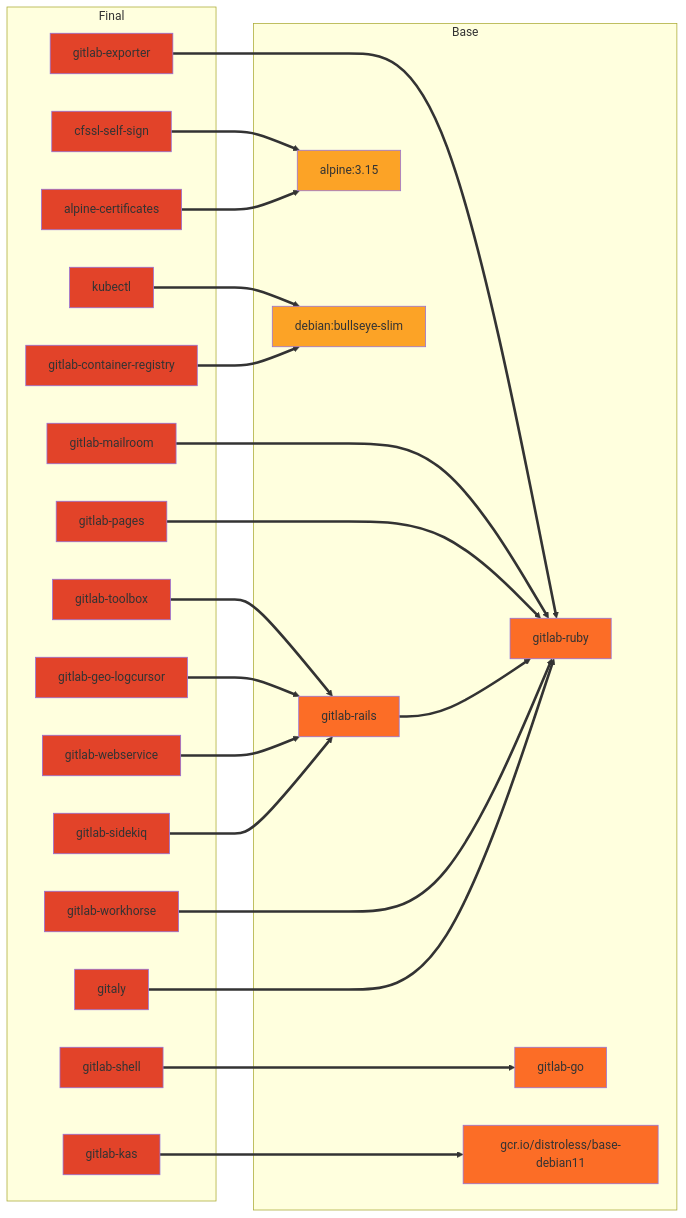
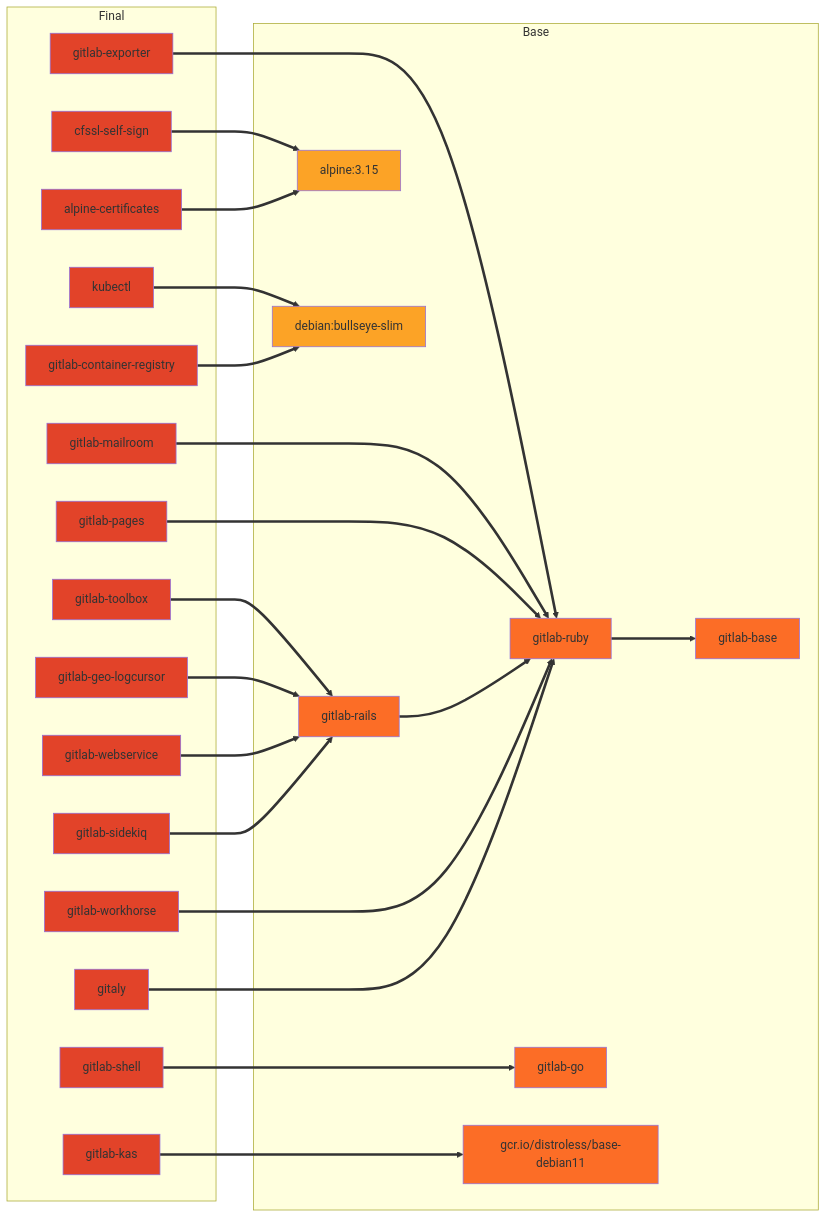
One commit to tachyons/gitlab-pages changed the first of 2 diagrams in docs/build.md. Above: the diagram before and after it, drawn with Mermaid. The commit also changed other lines of this file and 12 other files, not shown here.

Commit message:
Introduce gitlab-base image

````diff
--- a/docs/build.md
+++ b/docs/build.md
@@ -185,55 +185,56 @@
 ```mermaid
 graph LR;
   subgraph Final
     gitlab-toolbox:::final
     gitlab-webservice:::final
     gitlab-workhorse:::final
     gitlab-sidekiq:::final
     gitlab-geo-logcursor:::final
     gitlab-exporter:::final
     gitlab-mailroom:::final
     gitlab-shell:::final
     gitlab-pages:::final
     gitaly:::final
     gitlab-kas:::final
     kubectl:::final
     gitlab-container-registry:::final
     alpine-certificates:::final
     cfssl-self-sign:::final
   end
 
   subgraph Base
-    gitlab-ruby
+    gitlab-base
+    gitlab-ruby==>gitlab-base;
     gitlab-rails
     gitlab-go
     alpine[alpine:3.15]:::external;
     debian[debian:bullseye-slim]:::external;
     gcr.io/distroless/base-debian11
   end
 
   kubectl==>debian;
   cfssl-self-sign==>alpine;
   alpine-certificates==>alpine;
 
   gitlab-toolbox==>gitlab-rails;
   gitlab-geo-logcursor==>gitlab-rails;
   gitlab-webservice==>gitlab-rails;
   gitlab-sidekiq==>gitlab-rails;
 
   gitlab-exporter==>gitlab-ruby;
   gitlab-mailroom===>gitlab-ruby;
   gitlab-pages===>gitlab-ruby
   gitlab-rails==>gitlab-ruby;
   gitlab-workhorse===>gitlab-ruby
   gitaly===>gitlab-ruby;
 
   gitlab-shell===>gitlab-go;
 
   gitlab-container-registry==>debian
 
   gitlab-kas===>gcr.io/distroless/base-debian11;
 
   classDef default fill:#fc6d26;
   classDef external fill:#fca326;
   classDef final fill:#e24329;
 ```
````
